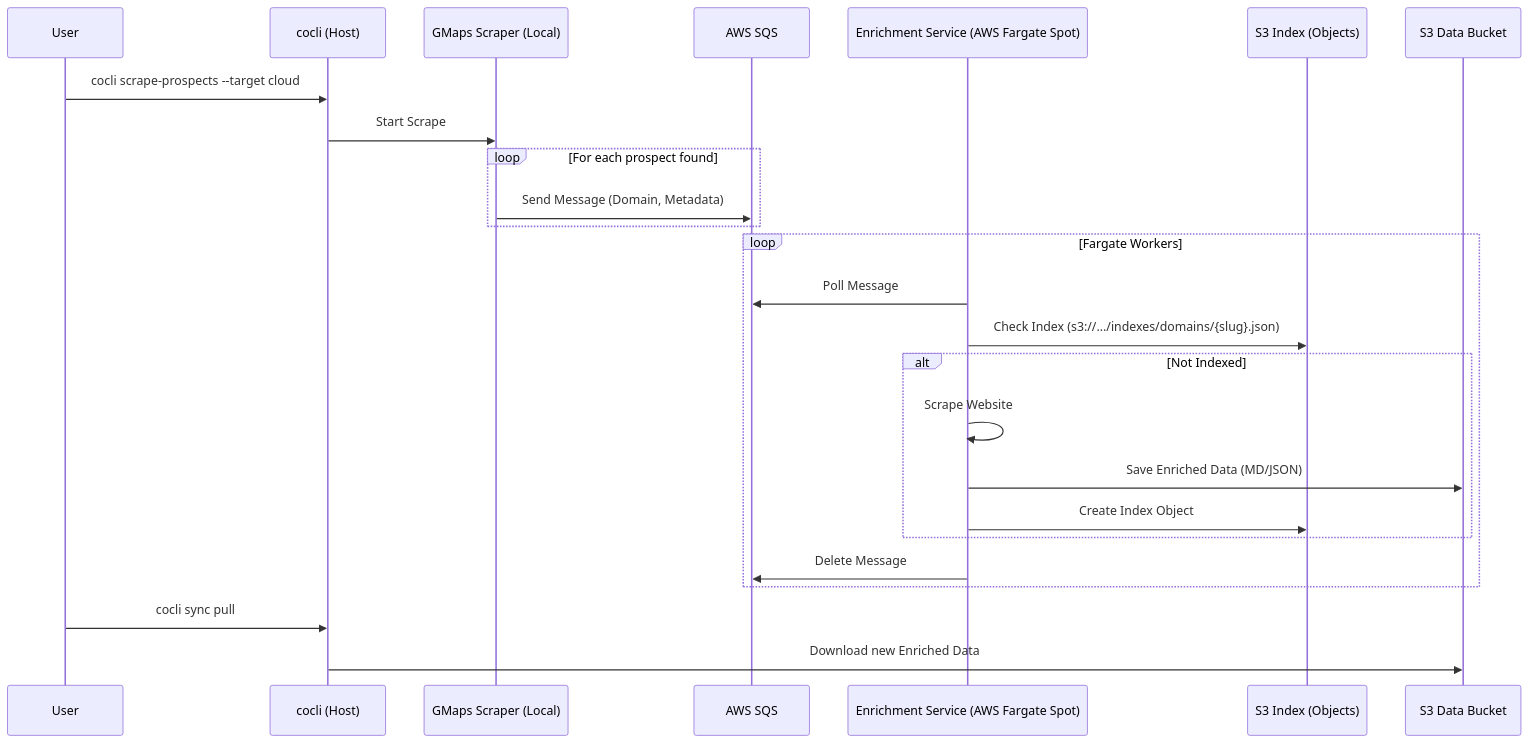
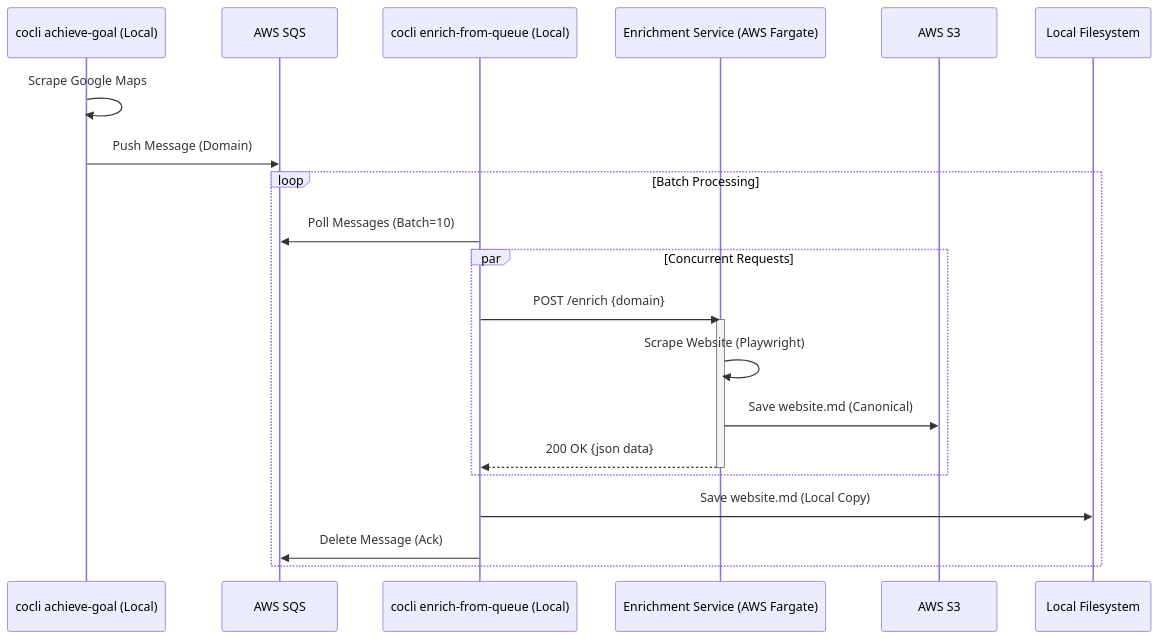
Before and after one commit to bizkite-co/cocli: the diagram in docs/data-management/scenario-local-scrape-cloud-enrich.md, drawn with Mermaid. The commit also changed other lines of this file and 9 other files, not shown here.

First line of the commit message:
feat: Complete Hybrid Cloud ETL Phase & Enhance Resilience

````diff
--- a/docs/data-management/scenario-local-scrape-cloud-enrich.md
+++ b/docs/data-management/scenario-local-scrape-cloud-enrich.md
@@ -14,35 +19,30 @@
 ```mermaid
 sequenceDiagram
-    participant User
-    participant CLI as cocli (Host)
-    participant Scraper as GMaps Scraper (Local)
+    participant Producer as cocli achieve-goal (Local)
     participant SQS as AWS SQS
-    participant Fargate as Enrichment Service (AWS Fargate Spot)
-    participant S3Index as S3 Index (Objects)
-    participant S3Data as S3 Data Bucket
+    participant Consumer as cocli enrich-from-queue (Local)
+    participant Fargate as Enrichment Service (AWS Fargate)
+    participant S3 as AWS S3
+    participant LocalFS as Local Filesystem
 
     %% Phase 1: Scrape & Queue
-    User->>CLI: cocli scrape-prospects --target cloud
-    CLI->>Scraper: Start Scrape
-    loop For each prospect found
-        Scraper->>SQS: Send Message (Domain, Metadata)
+    Producer->>Producer: Scrape Google Maps
+    Producer->>SQS: Push Message (Domain)
+
+    %% Phase 2: Enrichment Loop
+    loop Batch Processing
+        Consumer->>SQS: Poll Messages (Batch=10)
+        
+        par Concurrent Requests
+            Consumer->>Fargate: POST /enrich {domain}
+            activate Fargate
+            Fargate->>Fargate: Scrape Website (Playwright)
+            Fargate->>S3: Save website.md (Canonical)
+            Fargate-->>Consumer: 200 OK {json data}
+            deactivate Fargate
+        end
+
+        Consumer->>LocalFS: Save website.md (Local Copy)
+        Consumer->>SQS: Delete Message (Ack)
     end
-    
-    %% Phase 2: Cloud Enrichment (Async)
-    loop Fargate Workers
-        Fargate->>SQS: Poll Message
-        Fargate->>S3Index: Check Index (s3://.../indexes/domains/{slug}.json)
-        
-        alt Not Indexed
-            Fargate->>Fargate: Scrape Website
-            Fargate->>S3Data: Save Enriched Data (MD/JSON)
-            Fargate->>S3Index: Create Index Object
-        end
-        
-        Fargate->>SQS: Delete Message
-    end
-
-    %% Phase 3: Sync Back (Optional)
-    User->>CLI: cocli sync pull
-    CLI->>S3Data: Download new Enriched Data
 ```
````
